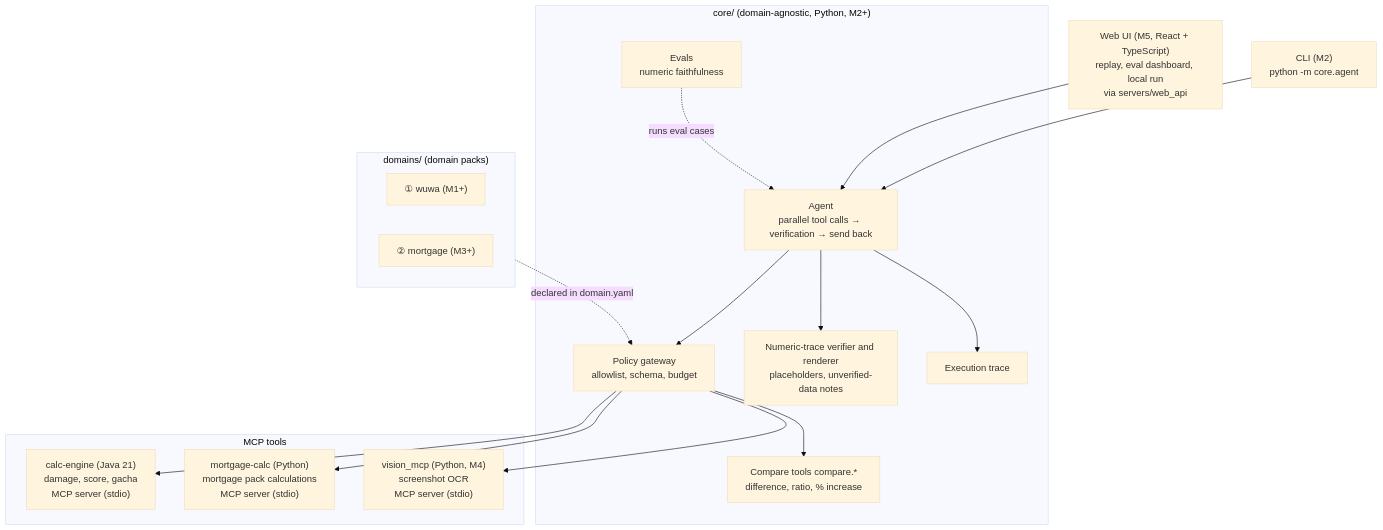
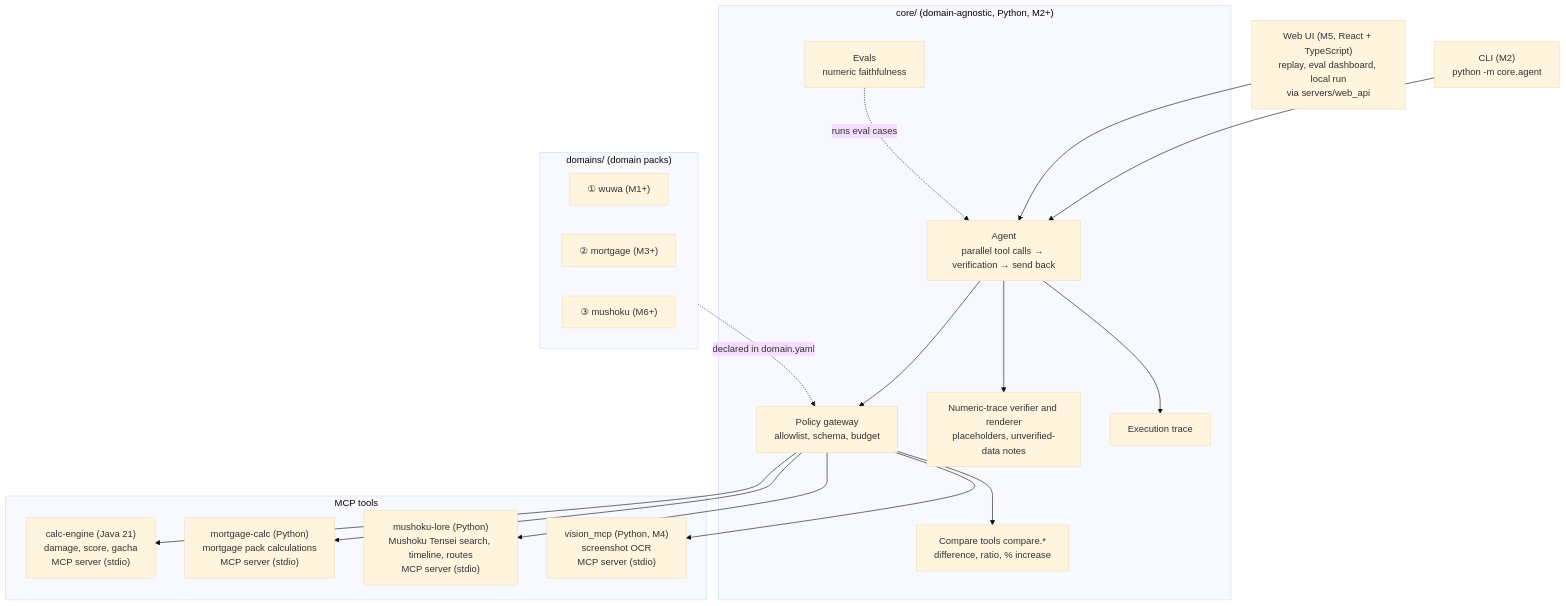
The first of 3 diagrams in docs/architecture.en.md (hexinlong9981/echolab), drawn with Mermaid (base theme) before and after one commit. The commit also changed other lines of this file and 14 other files, not shown here.

````diff
--- a/docs/architecture.en.md
+++ b/docs/architecture.en.md
@@ -13,30 +13,32 @@
 ```mermaid
 flowchart TB
   CLI["CLI (M2)<br/>python -m core.agent"]
   UI["Web UI (M5, React + TypeScript)<br/>replay, eval dashboard, local run<br/>via servers/web_api"]
   subgraph core["core/ (domain-agnostic, Python, M2+)"]
     AG["Agent<br/>parallel tool calls → verification → send back"]
     GW["Policy gateway<br/>allowlist, schema, budget"]
     VF["Numeric-trace verifier and renderer<br/>placeholders, unverified-data notes"]
     CMP["Compare tools compare.*<br/>difference, ratio, % increase"]
     EV["Evals<br/>numeric faithfulness"]
     TR["Execution trace"]
   end
   subgraph tools["MCP tools"]
     CE["calc-engine (Java 21)<br/>damage, score, gacha<br/>MCP server (stdio)"]
     MC["mortgage-calc (Python)<br/>mortgage pack calculations<br/>MCP server (stdio)"]
+    ML["mushoku-lore (Python)<br/>Mushoku Tensei search, timeline, routes<br/>MCP server (stdio)"]
     VM["vision_mcp (Python, M4)<br/>screenshot OCR<br/>MCP server (stdio)"]
   end
   subgraph domains["domains/ (domain packs)"]
     D1["① wuwa (M1+)"]
     D3["② mortgage (M3+)"]
+    D4["③ mushoku (M6+)"]
   end
   CLI --> AG
   UI --> AG
-  AG --> GW --> CE & MC & CMP & VM
+  AG --> GW --> CE & MC & ML & CMP & VM
   AG --> VF
   AG --> TR
   domains -. "declared in domain.yaml" .-> GW
   EV -. "runs eval cases" .-> AG
 
 ```
````
